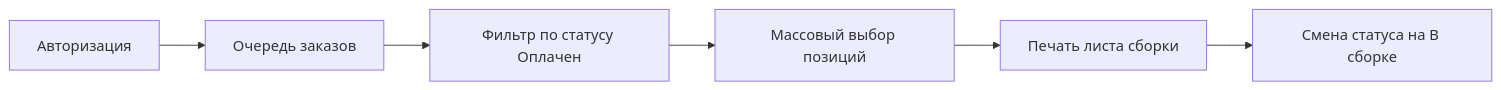
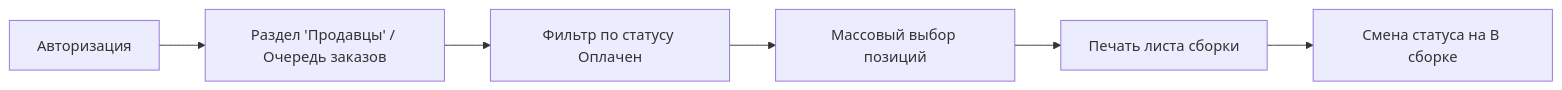
One commit to fpmi-hci-2026/Litera changed the third of 5 diagrams in docs/lab2.md. Above: the diagram before and after it, drawn with Mermaid. The commit also changed other lines of this file, not shown here.

````diff
--- a/docs/lab2.md
+++ b/docs/lab2.md
@@ -176,8 +173,8 @@
 ```mermaid
 graph LR
-    Login[Авторизация] --> Dashboard[Очередь заказов]
+    Login[Авторизация] --> Dashboard[Раздел 'Продавцы' / Очередь заказов]
     Dashboard --> FilterOrders[Фильтр по статусу Оплачен]
     FilterOrders --> BatchSelect[Массовый выбор позиций]
     BatchSelect --> PrintInvoice[Печать листа сборки]
     PrintInvoice --> StatusUpdate[Смена статуса на В сборке]
 ```
````
